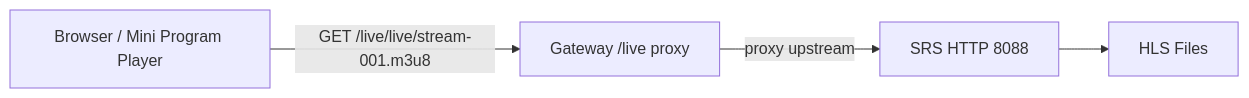
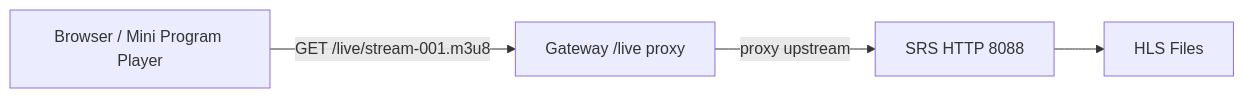
Before and after one commit to 24-Fahed/Live-Project: the fifth of 6 diagrams in docs/docker-deployment.md, drawn with Mermaid. The commit also changed other lines of this file and 10 other files, not shown here.

````diff
--- a/docs/docker-deployment.md
+++ b/docs/docker-deployment.md
@@ -169,11 +168,11 @@
 ```mermaid
 flowchart LR
     Player[Browser / Mini Program Player]
     Gateway[Gateway /live proxy]
     SRS[SRS HTTP 8088]
     Files[HLS Files]
 
-    Player -->|GET /live/live/stream-001.m3u8| Gateway
+    Player -->|GET /live/stream-001.m3u8| Gateway
     Gateway -->|proxy upstream| SRS
     SRS --> Files
 ```
````
